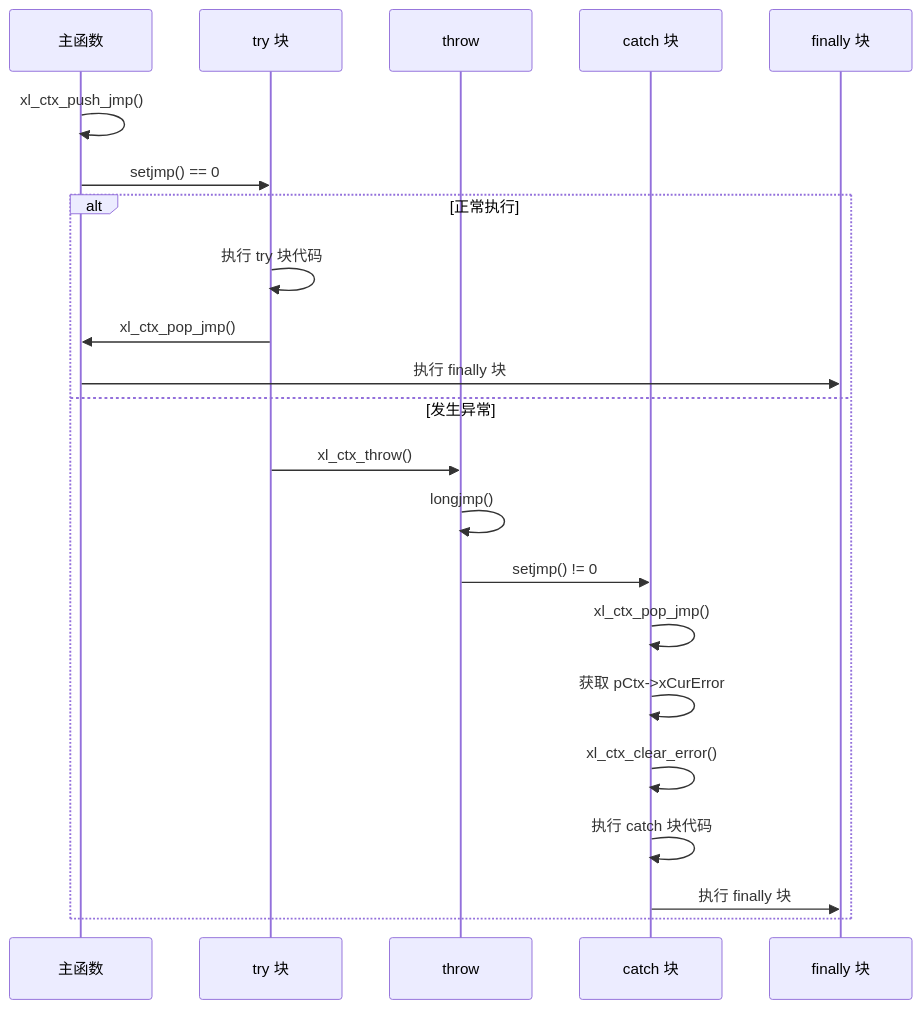
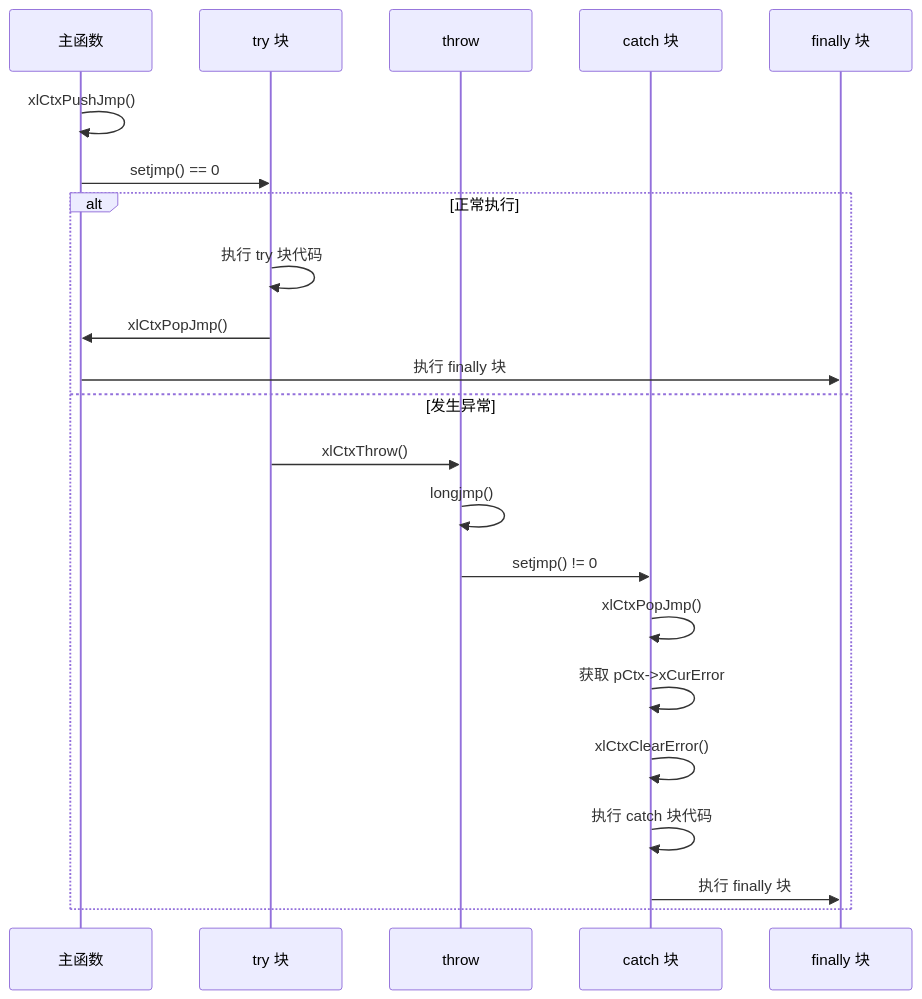
The sixth of 10 diagrams in spec.md (xywhsoft/xlang), drawn with Mermaid before and after one commit. The commit also changed other lines of this file, not shown here.

````diff
--- a/spec.md
+++ b/spec.md
@@ -2893,26 +2939,26 @@
 ```mermaid
 sequenceDiagram
     participant Main as 主函数
     participant Try as try 块
     participant Throw as throw
     participant Catch as catch 块
     participant Finally as finally 块
     
-    Main->>Main: xl_ctx_push_jmp()
+    Main->>Main: xlCtxPushJmp()
     Main->>Try: setjmp() == 0
     
     alt 正常执行
         Try->>Try: 执行 try 块代码
-        Try->>Main: xl_ctx_pop_jmp()
+        Try->>Main: xlCtxPopJmp()
         Main->>Finally: 执行 finally 块
     else 发生异常
-        Try->>Throw: xl_ctx_throw()
+        Try->>Throw: xlCtxThrow()
         Throw->>Throw: longjmp()
         Throw->>Catch: setjmp() != 0
-        Catch->>Catch: xl_ctx_pop_jmp()
+        Catch->>Catch: xlCtxPopJmp()
         Catch->>Catch: 获取 pCtx->xCurError
-        Catch->>Catch: xl_ctx_clear_error()
+        Catch->>Catch: xlCtxClearError()
         Catch->>Catch: 执行 catch 块代码
         Catch->>Finally: 执行 finally 块
     end
 ```
````
